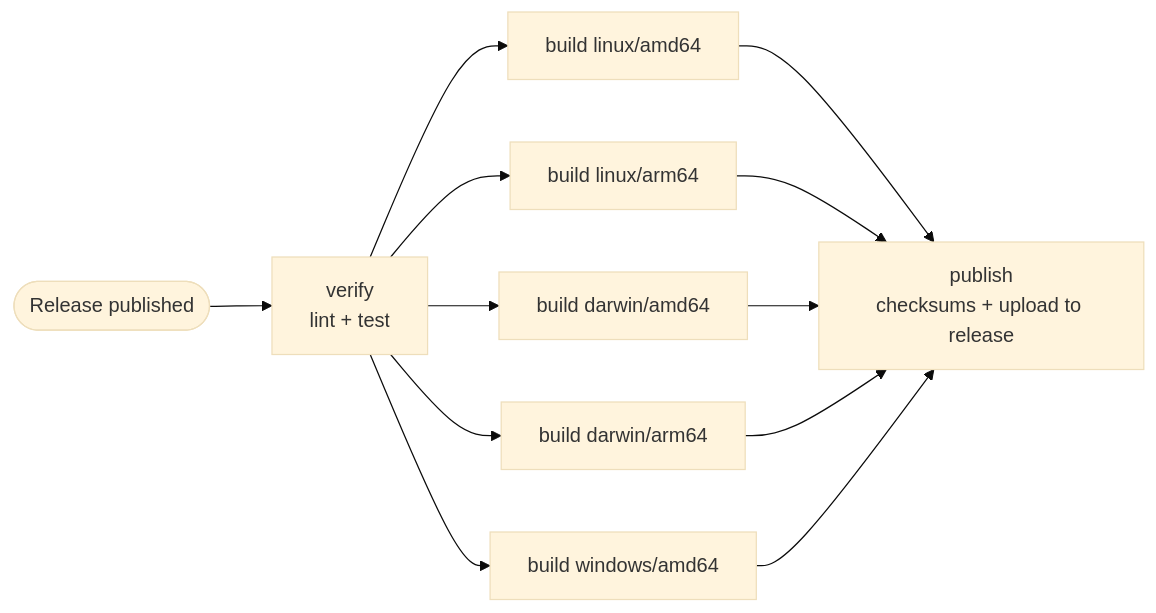
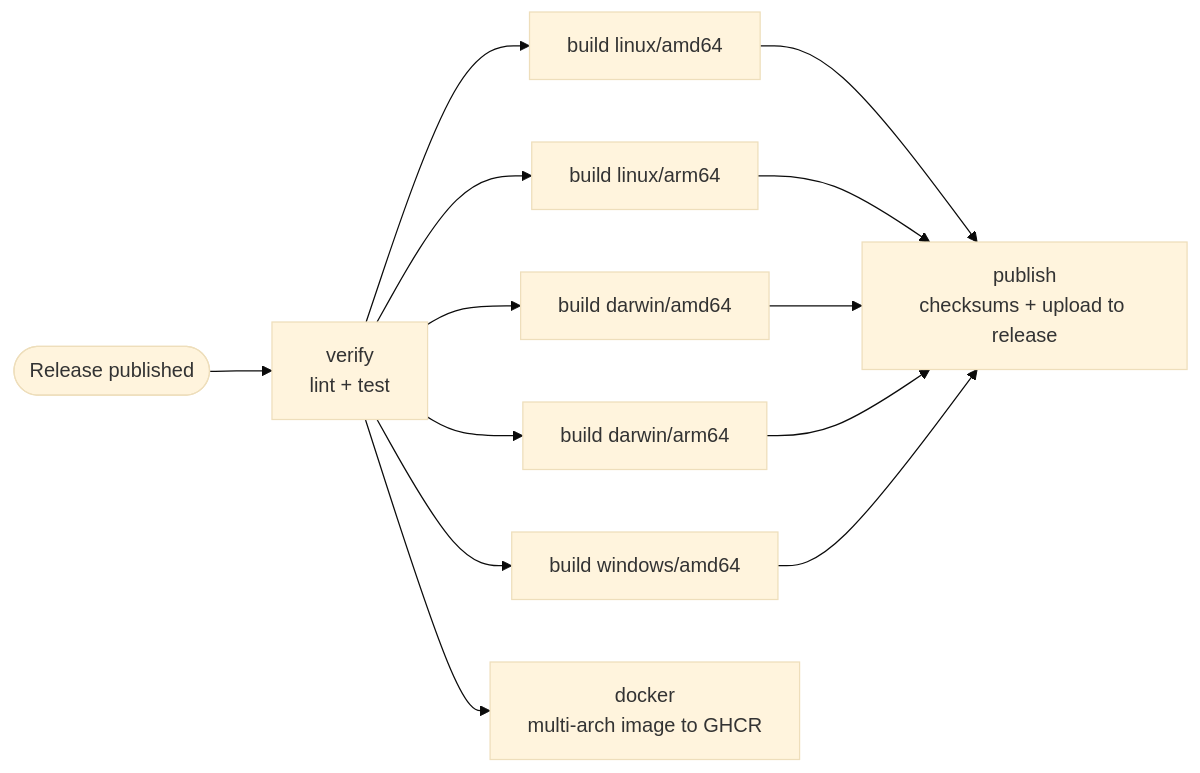
One commit to rr-saberov/ratelimiter changed the diagram in README.md. Above: the diagram before and after it, drawn with Mermaid (base theme). The commit also changed other lines of this file and 5 other files, not shown here.

Commit message:
Build a Docker image in CI and publish it to GHCR on release

````diff
--- a/README.md
+++ b/README.md
@@ -119,10 +142,11 @@
 ```mermaid
 flowchart LR
     R([Release published]) --> V[verify<br/>lint + test]
     V --> B1[build linux/amd64]
     V --> B2[build linux/arm64]
     V --> B3[build darwin/amd64]
     V --> B4[build darwin/arm64]
     V --> B5[build windows/amd64]
+    V --> D[docker<br/>multi-arch image to GHCR]
     B1 & B2 & B3 & B4 & B5 --> P[publish<br/>checksums + upload to release]
 ```
````
